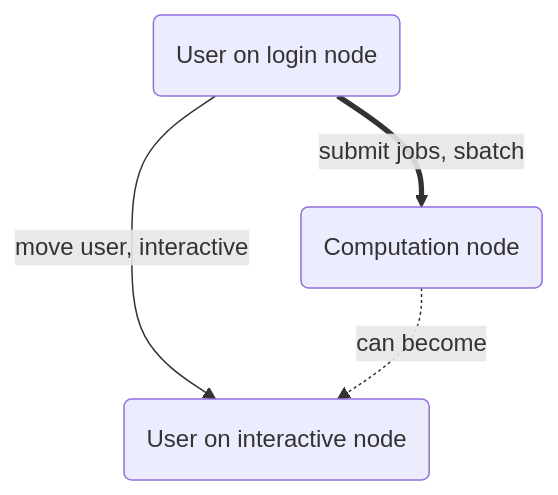
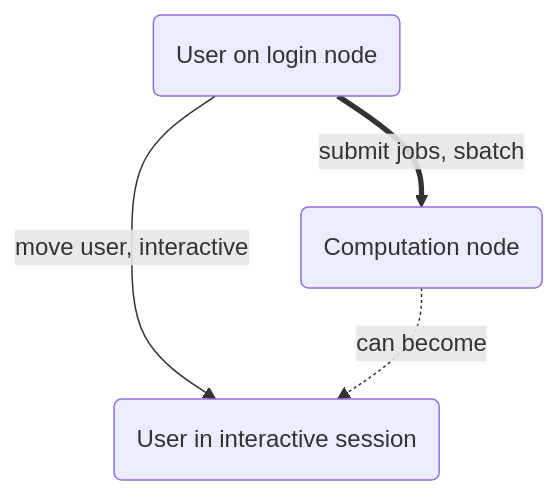
One commit to UPPMAX/UPPMAX-documentation changed the diagram in docs/cluster_guides/slurm.md. Above: the diagram before and after it, drawn with Mermaid. The commit also changed 27 other files, not shown here.

Commit message:
There is no such thing as an interactive node

````diff
--- a/docs/cluster_guides/slurm.md
+++ b/docs/cluster_guides/slurm.md
@@ -53,10 +53,10 @@
 ```mermaid
 flowchart TD
   login_node(User on login node)
-  interactive_node(User on interactive node)
+  interactive_node(User in interactive session)
   computation_node(Computation node):::calculation_node
 
   login_node --> |move user, interactive|interactive_node
   login_node ==> |submit jobs, sbatch|computation_node
   computation_node -.-> |can become| interactive_node
 ```
````
